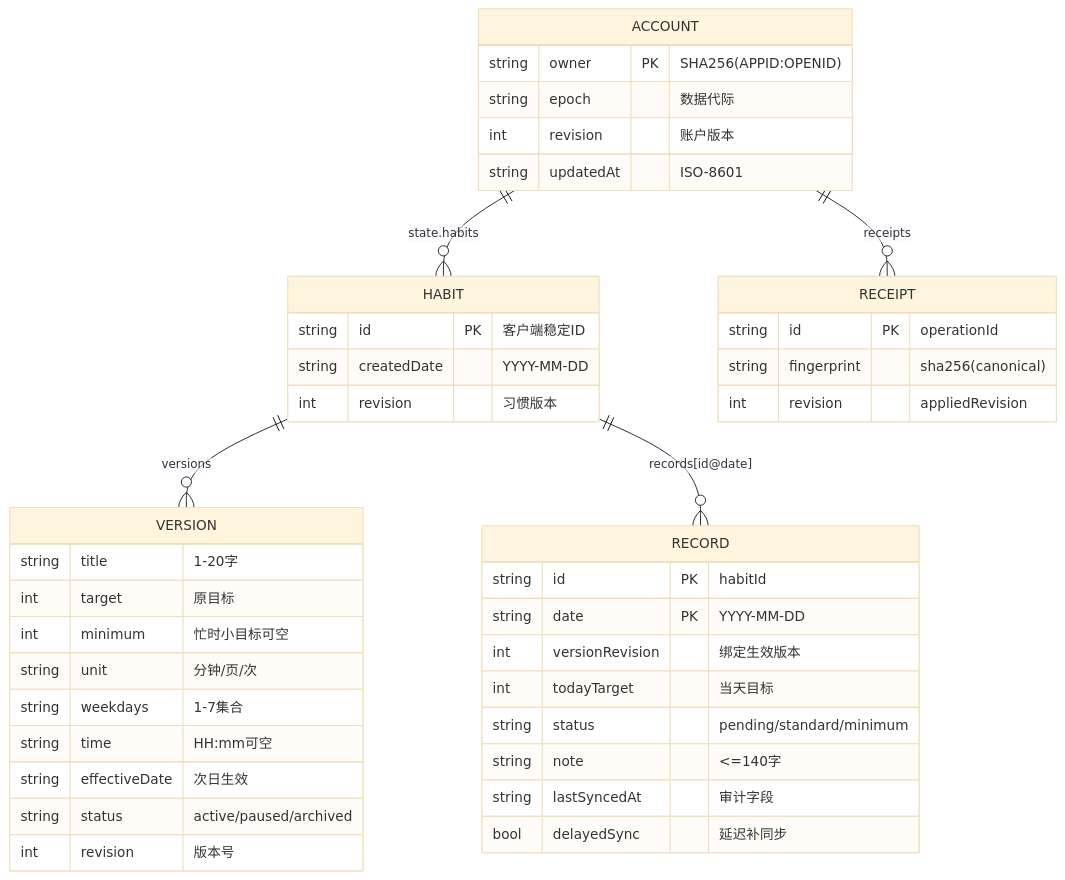
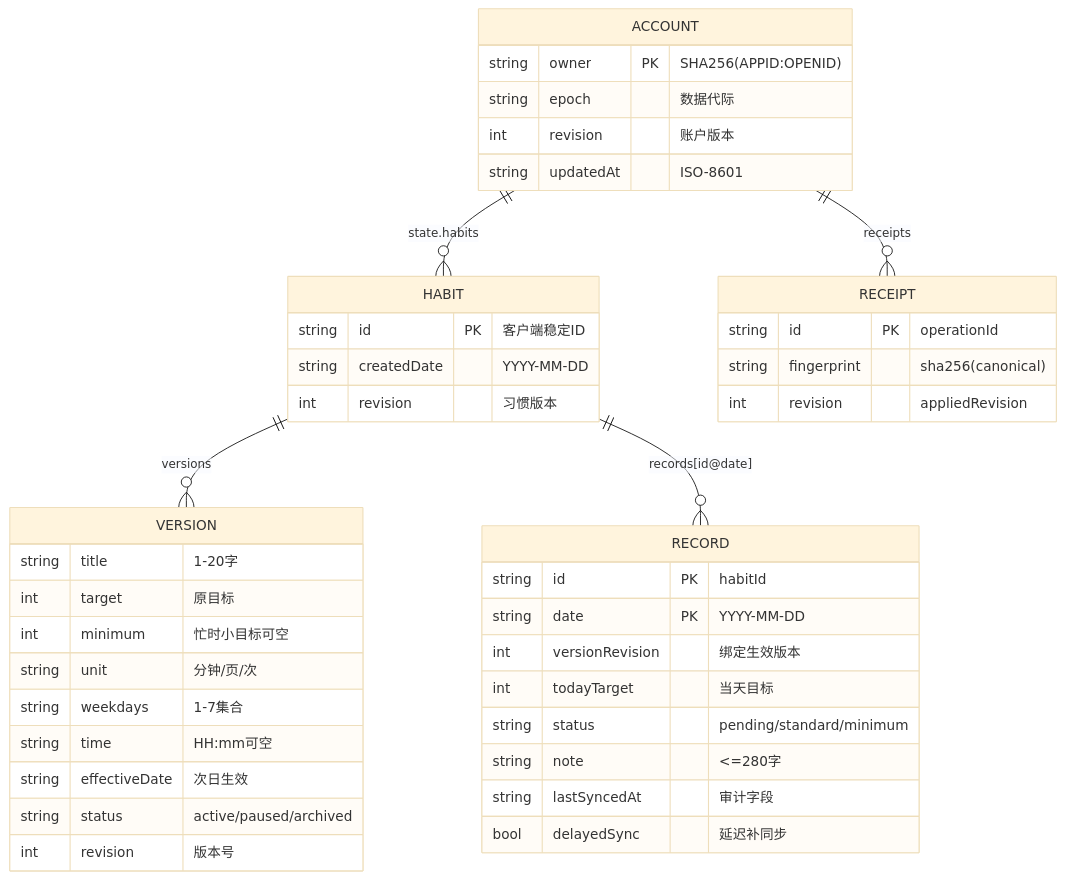
The diagram in docs/DESIGN-DATABASE.md (dcd654321/jiancheng), drawn with Mermaid (base theme) before and after one commit. The commit also changed other lines of this file and 28 other files, not shown here.

````diff
--- a/docs/DESIGN-DATABASE.md
+++ b/docs/DESIGN-DATABASE.md
@@ -13,44 +30,44 @@
 ```mermaid
 erDiagram
     ACCOUNT ||--o{ HABIT : "state.habits"
     ACCOUNT ||--o{ RECEIPT : "receipts"
     HABIT ||--o{ VERSION : "versions"
     HABIT ||--o{ RECORD : "records[id@date]"
     ACCOUNT {
         string owner PK "SHA256(APPID:OPENID)"
         string epoch "数据代际"
         int revision "账户版本"
         string updatedAt "ISO-8601"
     }
     HABIT {
         string id PK "客户端稳定ID"
         string createdDate "YYYY-MM-DD"
         int revision "习惯版本"
     }
     VERSION {
         string title "1-20字"
         int target "原目标"
         int minimum "忙时小目标可空"
         string unit "分钟/页/次"
         string weekdays "1-7集合"
         string time "HH:mm可空"
         string effectiveDate "次日生效"
         string status "active/paused/archived"
         int revision "版本号"
     }
     RECORD {
         string id PK "habitId"
         string date PK "YYYY-MM-DD"
         int versionRevision "绑定生效版本"
         int todayTarget "当天目标"
         string status "pending/standard/minimum"
-        string note "<=140字"
+        string note "<=280字"
         string lastSyncedAt "审计字段"
         bool delayedSync "延迟补同步"
     }
     RECEIPT {
         string id PK "operationId"
         string fingerprint "sha256(canonical)"
         int revision "appliedRevision"
     }
 ```
````
